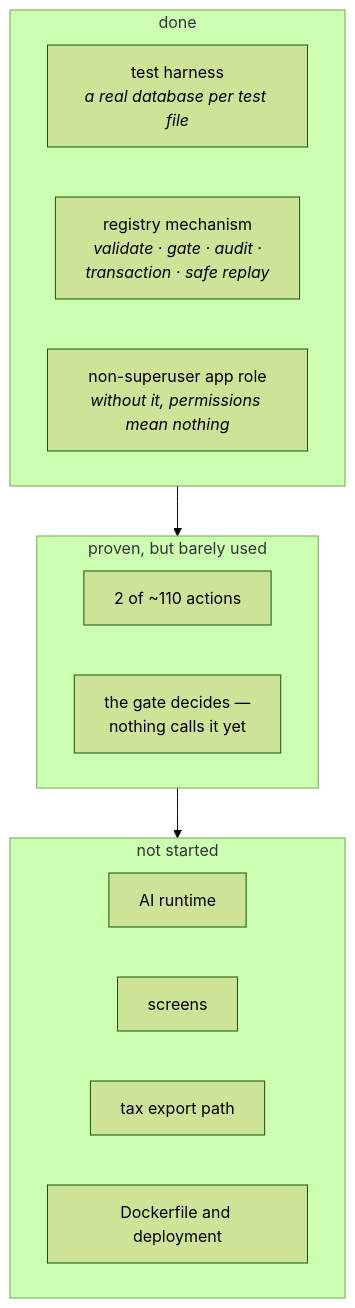
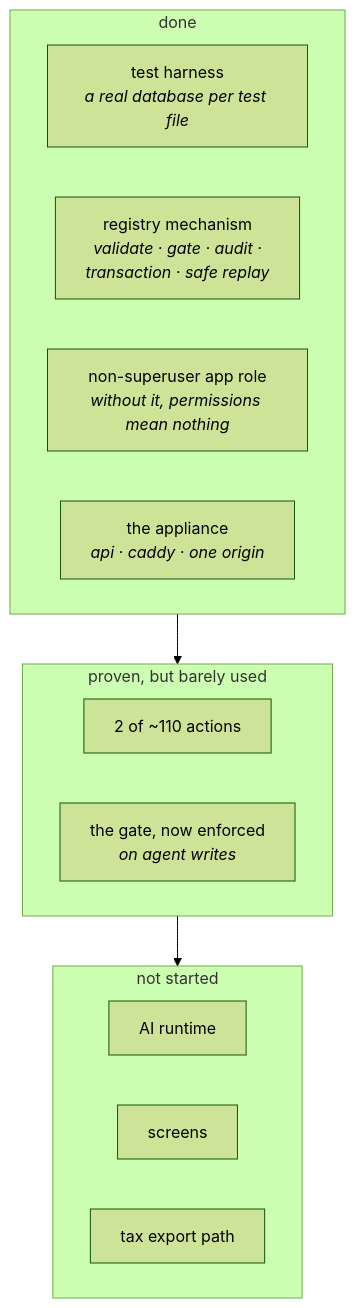
Before and after one commit to VoltLightning/waltning: the diagram in docs/wiki/Project-Status.md, drawn with Mermaid (forest theme). The commit also changed other lines of this file and 17 other files, not shown here.

````diff
--- a/docs/wiki/Project-Status.md
+++ b/docs/wiki/Project-Status.md
@@ -8,22 +8,22 @@
 ```mermaid
 graph TB
     subgraph done["done"]
         T["test harness<br/><i>a real database per test file</i>"]
         REG["registry mechanism<br/><i>validate · gate · audit ·<br/>transaction · safe replay</i>"]
         ROLE["non-superuser app role<br/><i>without it, permissions mean nothing</i>"]
+        SHIP["the appliance<br/><i>api · caddy · one origin</i>"]
     end
 
     subgraph part["proven, but barely used"]
         OPS["2 of ~110 actions"]
-        GATE["the gate decides —<br/>nothing calls it yet"]
+        GATE["the gate, now enforced<br/><i>on agent writes</i>"]
     end
 
     subgraph todo["not started"]
         AGENT["AI runtime"]
         SCREENS["screens"]
         EXPORT["tax export path"]
-        DEPLOY["Dockerfile and deployment"]
     end
 
     done --> part --> todo
 ```
````
